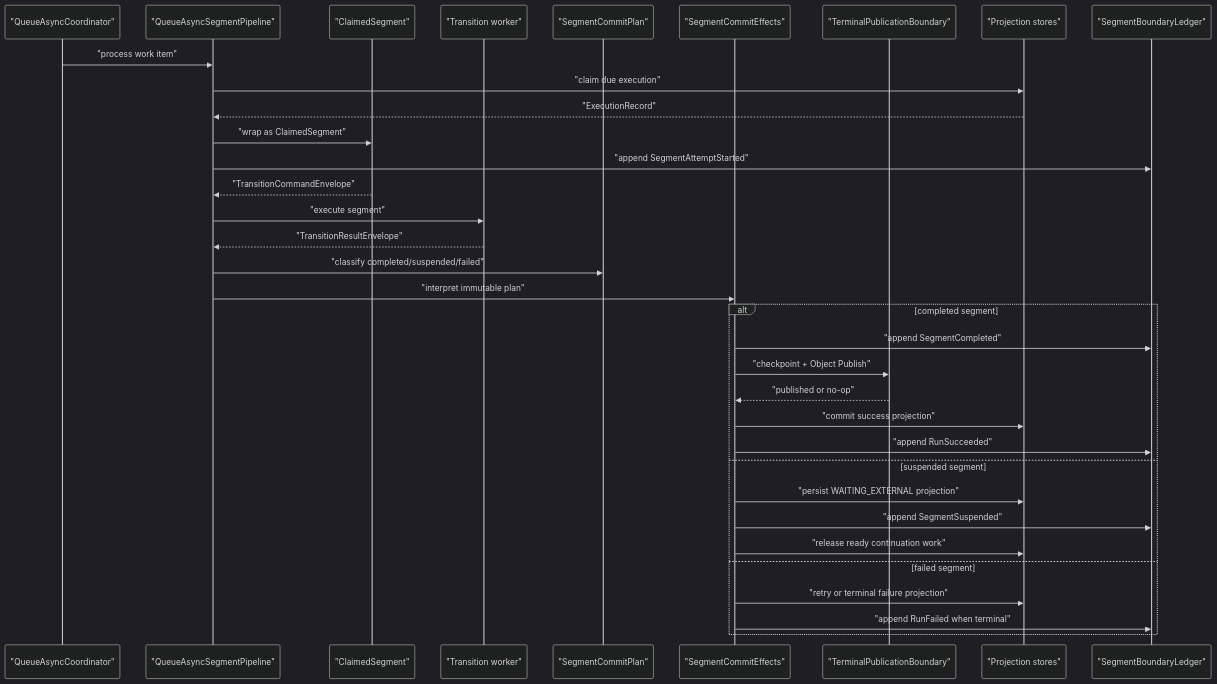
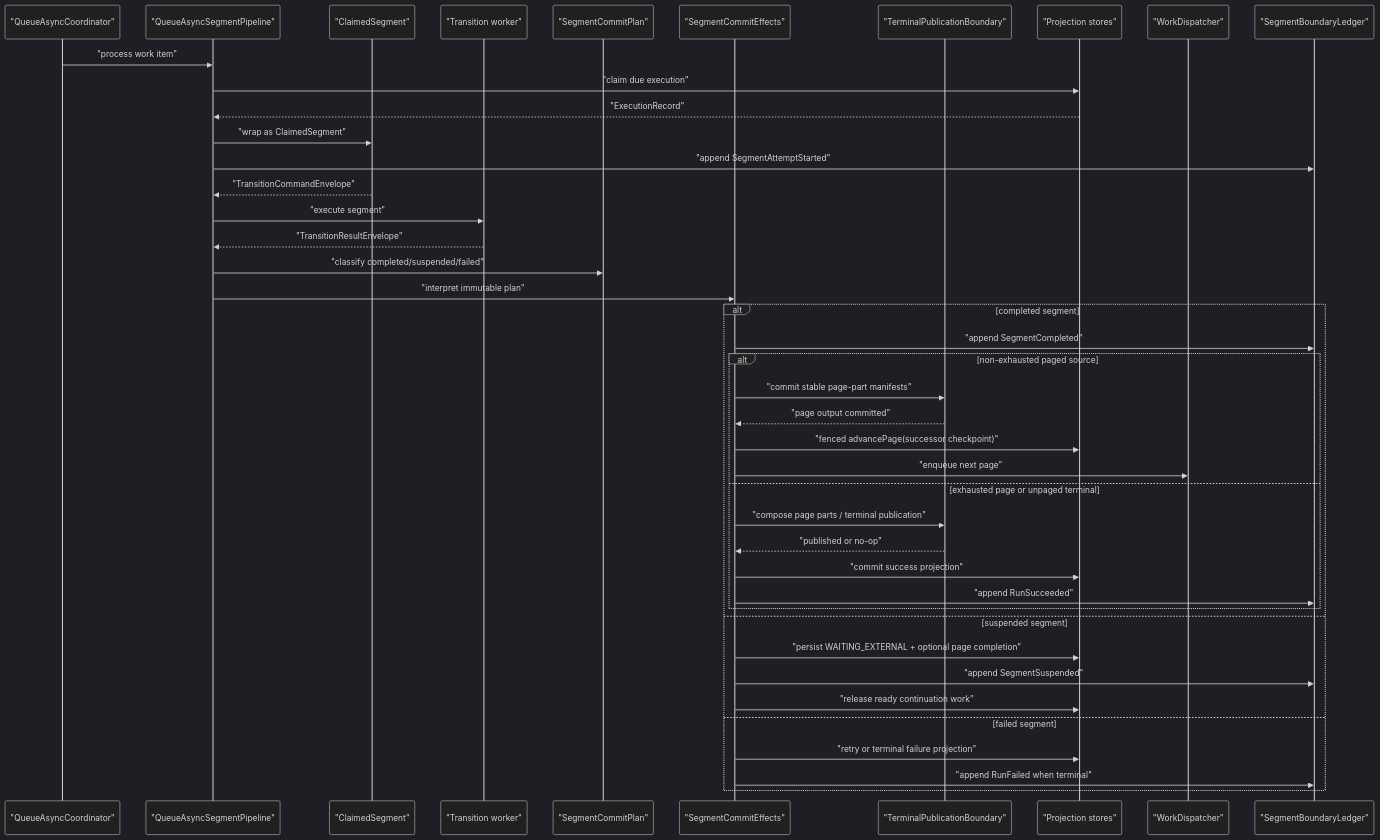
Before and after one commit to The-Pipeline-Framework/pipelineframework: the second of 5 diagrams in docs/evolve/await-unit-runtime/immutable-boundaries.md, drawn with Mermaid (dark theme). The commit also changed other lines of this file and 8 other files, not shown here.

````diff
--- a/docs/evolve/await-unit-runtime/immutable-boundaries.md
+++ b/docs/evolve/await-unit-runtime/immutable-boundaries.md
@@ -109,37 +109,45 @@
 ```mermaid
 sequenceDiagram
     participant Queue as "QueueAsyncCoordinator"
     participant Pipeline as "QueueAsyncSegmentPipeline"
     participant Segment as "ClaimedSegment"
     participant Worker as "Transition worker"
     participant Plan as "SegmentCommitPlan"
     participant Effects as "SegmentCommitEffects"
     participant Publish as "TerminalPublicationBoundary"
     participant Store as "Projection stores"
+    participant Dispatch as "WorkDispatcher"
     participant Ledger as "SegmentBoundaryLedger"
 
     Queue->>Pipeline: "process work item"
     Pipeline->>Store: "claim due execution"
     Store-->>Pipeline: "ExecutionRecord"
     Pipeline->>Segment: "wrap as ClaimedSegment"
     Pipeline->>Ledger: "append SegmentAttemptStarted"
     Segment-->>Pipeline: "TransitionCommandEnvelope"
     Pipeline->>Worker: "execute segment"
     Worker-->>Pipeline: "TransitionResultEnvelope"
     Pipeline->>Plan: "classify completed/suspended/failed"
     Pipeline->>Effects: "interpret immutable plan"
     alt completed segment
       Effects->>Ledger: "append SegmentCompleted"
-      Effects->>Publish: "checkpoint + Object Publish"
-      Publish-->>Effects: "published or no-op"
-      Effects->>Store: "commit success projection"
-      Effects->>Ledger: "append RunSucceeded"
+      alt non-exhausted paged source
+        Effects->>Publish: "commit stable page-part manifests"
+        Publish-->>Effects: "page output committed"
+        Effects->>Store: "fenced advancePage(successor checkpoint)"
+        Effects->>Dispatch: "enqueue next page"
+      else exhausted page or unpaged terminal
+        Effects->>Publish: "compose page parts / terminal publication"
+        Publish-->>Effects: "published or no-op"
+        Effects->>Store: "commit success projection"
+        Effects->>Ledger: "append RunSucceeded"
+      end
     else suspended segment
-      Effects->>Store: "persist WAITING_EXTERNAL projection"
+      Effects->>Store: "persist WAITING_EXTERNAL + optional page completion"
       Effects->>Ledger: "append SegmentSuspended"
       Effects->>Store: "release ready continuation work"
     else failed segment
       Effects->>Store: "retry or terminal failure projection"
       Effects->>Ledger: "append RunFailed when terminal"
     end
 ```
````
